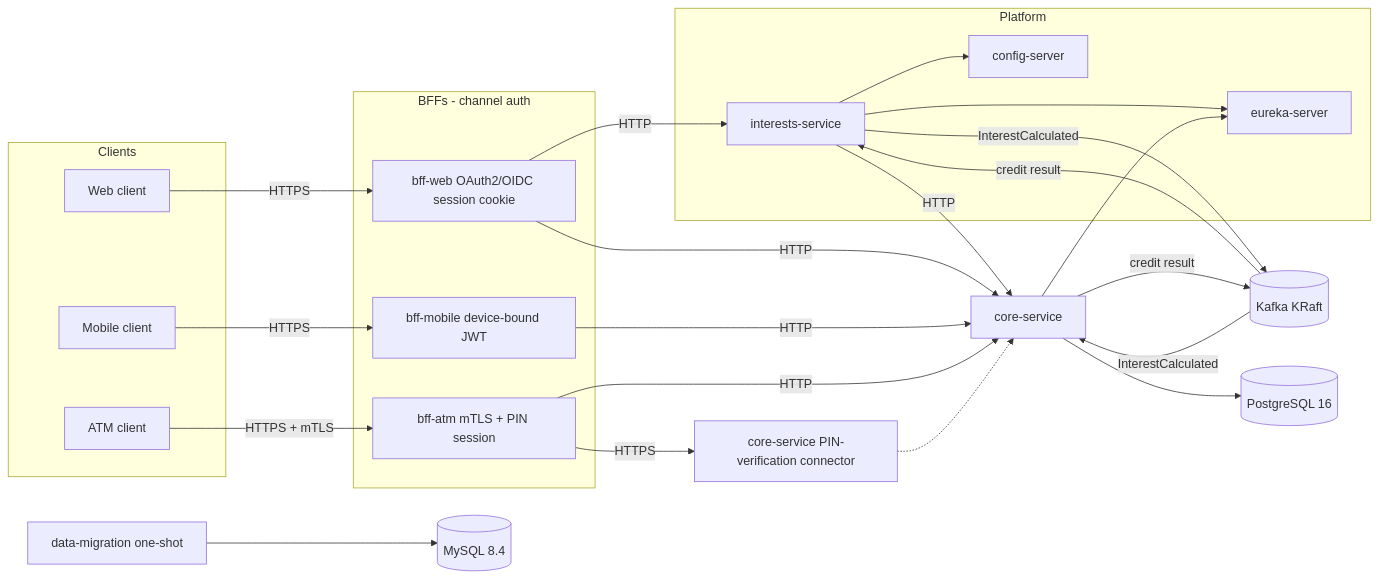
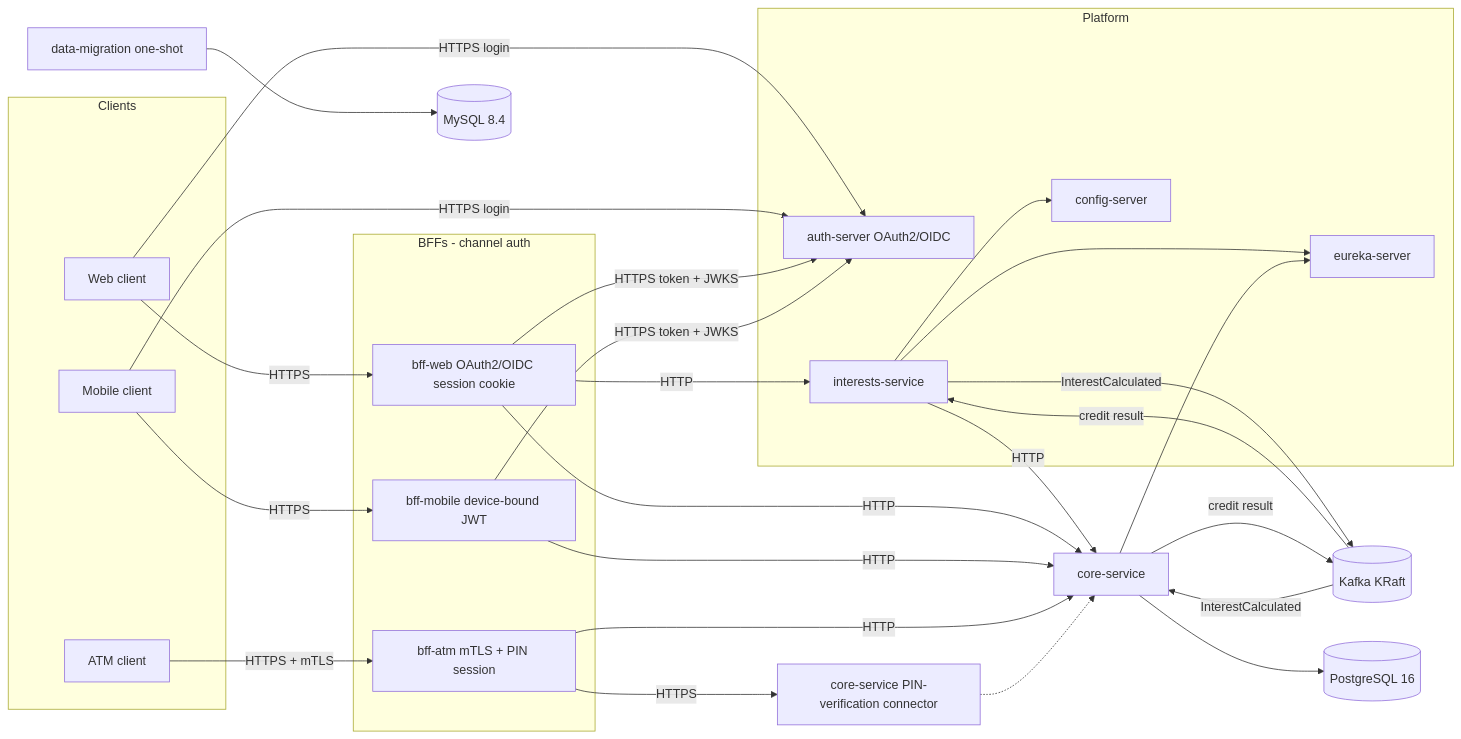
The first of 5 diagrams in docs/architecture.md (gustavoduocuc/xyz_bank_server), drawn with Mermaid before and after one commit. The commit also changed other lines of this file and 1 other file, not shown here.

Commit message:
docs: describe auth-server and its issuer design

````diff
--- a/docs/architecture.md
+++ b/docs/architecture.md
@@ -11,47 +11,52 @@
 ```mermaid
 flowchart LR
   subgraph clients [Clients]
     WebClient[Web client]
     MobileClient[Mobile client]
     AtmClient[ATM client]
   end
 
   subgraph bffs [BFFs - channel auth]
     BffWeb[bff-web OAuth2/OIDC session cookie]
     BffMobile[bff-mobile device-bound JWT]
     BffAtm[bff-atm mTLS + PIN session]
   end
 
   subgraph platform [Platform]
+    AuthServer[auth-server OAuth2/OIDC]
     ConfigServer[config-server]
     EurekaServer[eureka-server]
     InterestsService[interests-service]
   end
 
   CoreService[core-service]
   CoreServicePin[core-service PIN-verification connector]
   Kafka[(Kafka KRaft)]
   Postgres[(PostgreSQL 16)]
   MySQL[(MySQL 8.4)]
   Migration[data-migration one-shot]
 
   WebClient -- HTTPS --> BffWeb
   MobileClient -- HTTPS --> BffMobile
+  WebClient -- "HTTPS login" --> AuthServer
+  MobileClient -- "HTTPS login" --> AuthServer
+  BffWeb -- "HTTPS token + JWKS" --> AuthServer
+  BffMobile -- "HTTPS token + JWKS" --> AuthServer
   AtmClient -- HTTPS + mTLS --> BffAtm
   BffWeb -- HTTP --> InterestsService
   BffWeb -- HTTP --> CoreService
   BffMobile -- HTTP --> CoreService
   BffAtm -- HTTP --> CoreService
   BffAtm -- HTTPS --> CoreServicePin
   InterestsService --> ConfigServer
   InterestsService --> EurekaServer
   CoreService --> EurekaServer
   InterestsService -- HTTP --> CoreService
   InterestsService -- "InterestCalculated" --> Kafka
   Kafka -- "InterestCalculated" --> CoreService
   CoreService -- "credit result" --> Kafka
   Kafka -- "credit result" --> InterestsService
   CoreService --> Postgres
   CoreServicePin -.-> CoreService
   Migration --> MySQL
 ```
````
